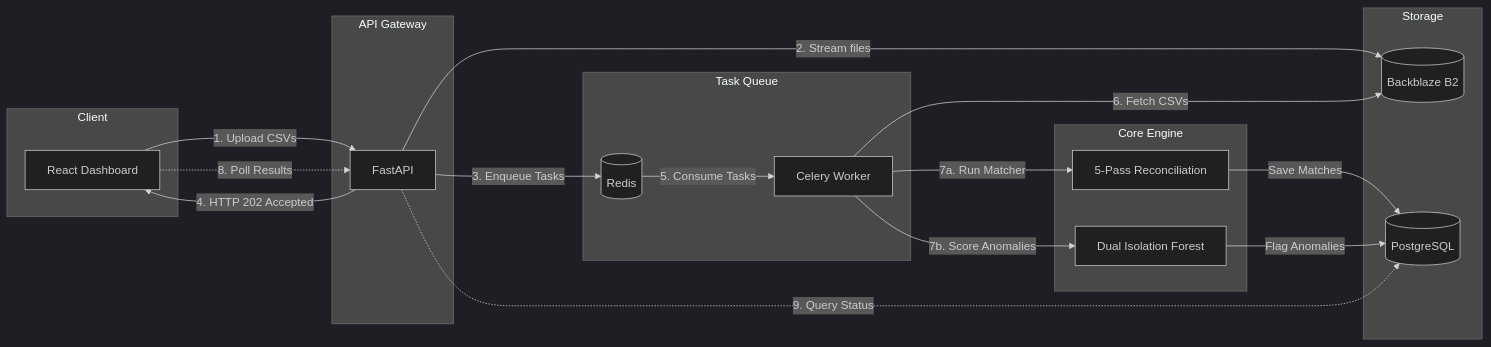
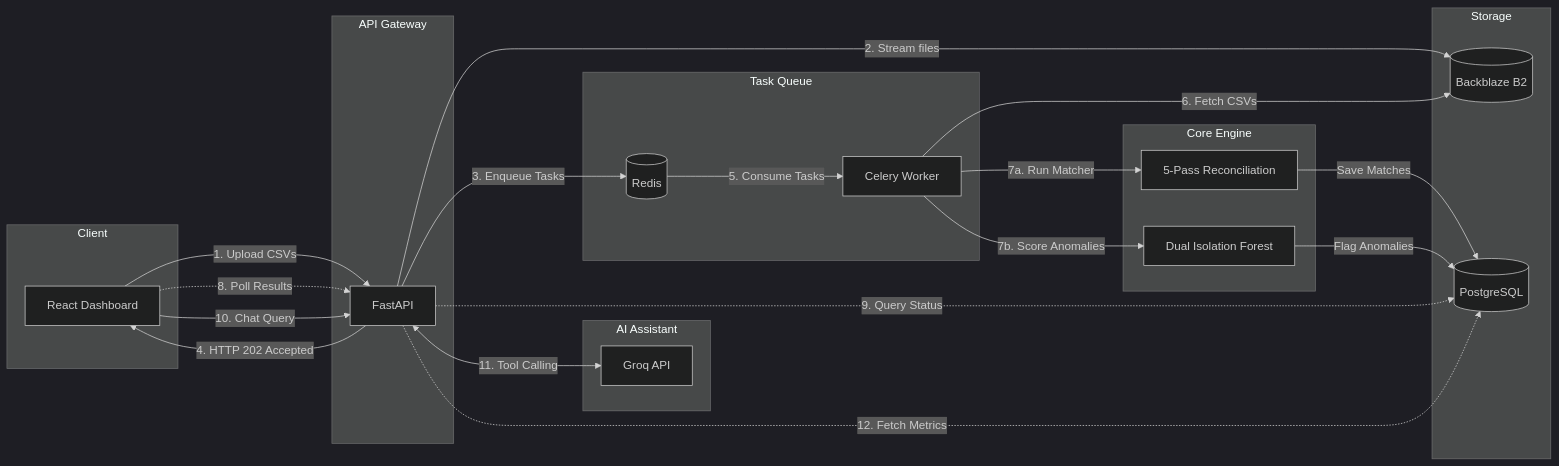
Before and after one commit to HarjapBhatia/Recalce: the diagram in README.md, drawn with Mermaid (dark theme).

````diff
--- a/README.md
+++ b/README.md
@@ -45,42 +45,50 @@
 ```mermaid
 graph LR
     subgraph Client
         UI[React Dashboard]
     end
 
     subgraph API Gateway
         API[FastAPI]
     end
 
     subgraph Task Queue
         Broker[(Redis)]
         Worker[Celery Worker]
     end
 
     subgraph Storage
         DB[(PostgreSQL)]
         B2[(Backblaze B2)]
     end
 
     subgraph Core Engine
         Recon[5-Pass Reconciliation]
         ML[Dual Isolation Forest]
     end
 
+    subgraph AI Assistant
+        LLM[Groq API]
+    end
+
     UI -->|1. Upload CSVs| API
     API -->|2. Stream files| B2
     API -->|3. Enqueue Tasks| Broker
     API -->|4. HTTP 202 Accepted| UI
     
     Broker -->|5. Consume Tasks| Worker
     Worker -->|6. Fetch CSVs| B2
     
     Worker -->|7a. Run Matcher| Recon
     Worker -->|7b. Score Anomalies| ML
     
     Recon -->|Save Matches| DB
     ML -->|Flag Anomalies| DB
     
     UI -.->|8. Poll Results| API
     API -.->|9. Query Status| DB
+
+    UI -->|10. Chat Query| API
+    API <-->|11. Tool Calling| LLM
+    API -.->|12. Fetch Metrics| DB
 ```
````
